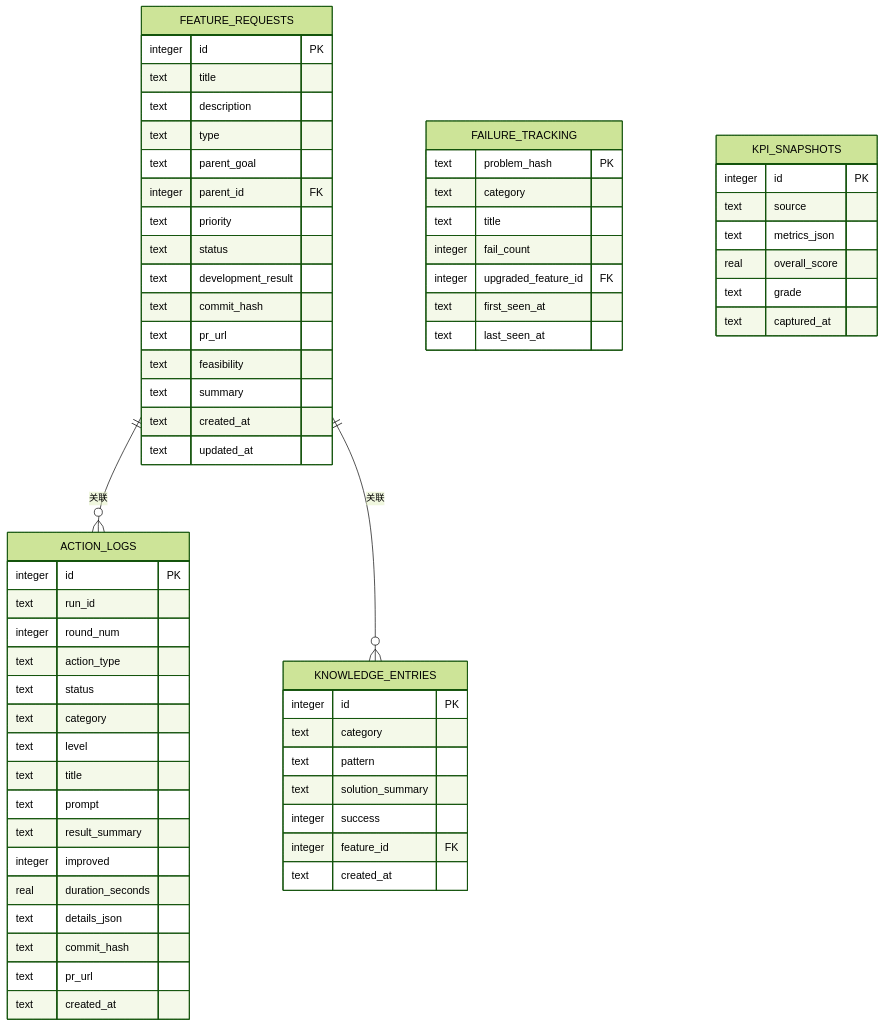
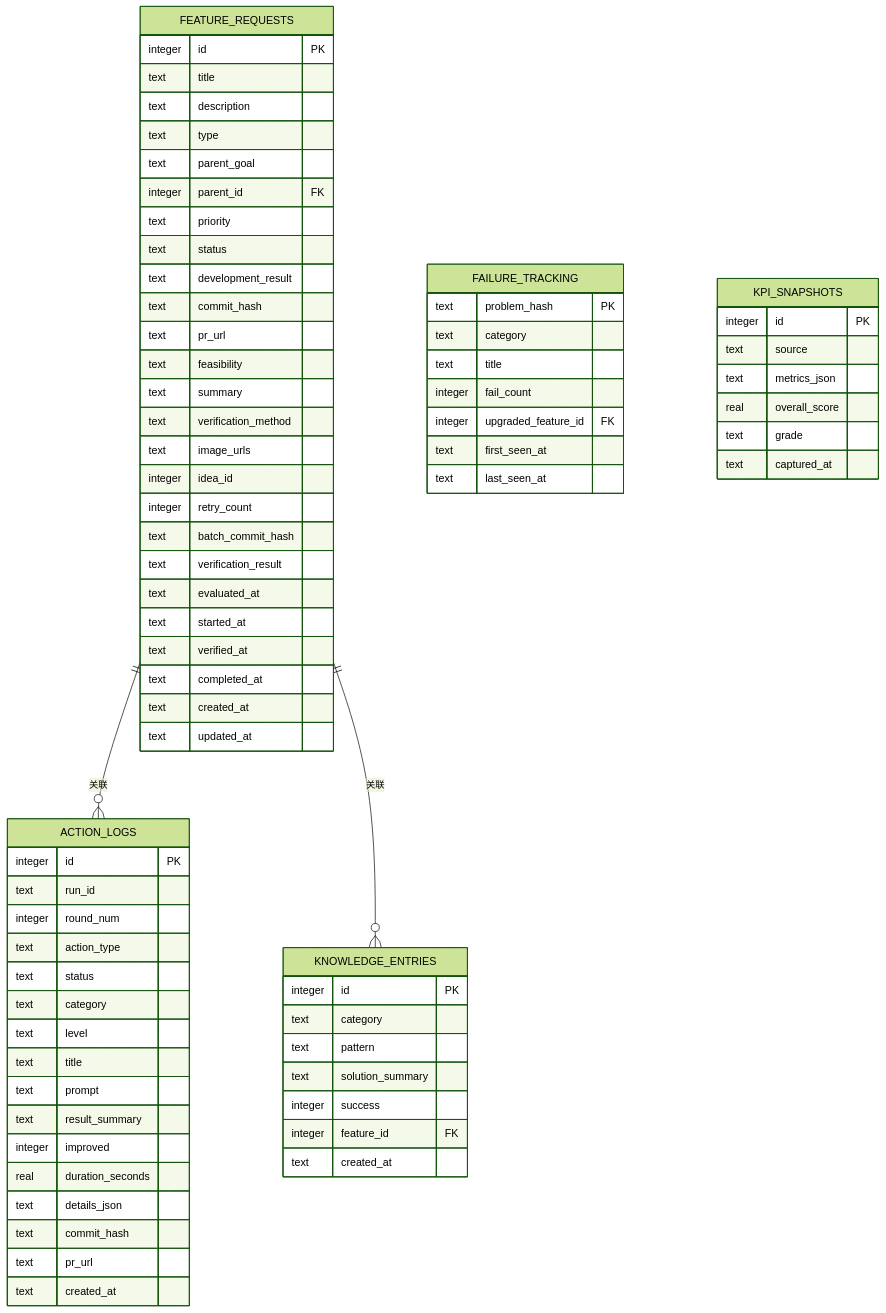
One commit to pinsonchen/vivify changed the sixth of 20 diagrams in .qoder/repowiki/zh/content/技术实现参考/Web仪表板系统.md. Above: the diagram before and after it, drawn with Mermaid (forest theme). The commit also changed other lines of this file and 16 other files, not shown here.

````diff
--- a/.qoder/repowiki/zh/content/技术实现参考/Web仪表板系统.md
+++ b/.qoder/repowiki/zh/content/技术实现参考/Web仪表板系统.md
@@ -367,66 +421,76 @@
 ```mermaid
 erDiagram
 FEATURE_REQUESTS {
 integer id PK
 text title
 text description
 text type
 text parent_goal
 integer parent_id FK
 text priority
 text status
 text development_result
 text commit_hash
 text pr_url
 text feasibility
 text summary
+text verification_method
+text image_urls
+integer idea_id
+integer retry_count
+text batch_commit_hash
+text verification_result
+text evaluated_at
+text started_at
+text verified_at
+text completed_at
 text created_at
 text updated_at
 }
 ACTION_LOGS {
 integer id PK
 text run_id
 integer round_num
 text action_type
 text status
 text category
 text level
 text title
 text prompt
 text result_summary
 integer improved
 real duration_seconds
 text details_json
 text commit_hash
 text pr_url
 text created_at
 }
 FAILURE_TRACKING {
 text problem_hash PK
 text category
 text title
 integer fail_count
 integer upgraded_feature_id FK
 text first_seen_at
 text last_seen_at
 }
 KNOWLEDGE_ENTRIES {
 integer id PK
 text category
 text pattern
 text solution_summary
 integer success
 integer feature_id FK
 text created_at
 }
 KPI_SNAPSHOTS {
 integer id PK
 text source
 text metrics_json
 real overall_score
 text grade
 text captured_at
 }
 FEATURE_REQUESTS ||--o{ ACTION_LOGS : "关联"
 FEATURE_REQUESTS ||--o{ KNOWLEDGE_ENTRIES : "关联"
 ```
````
